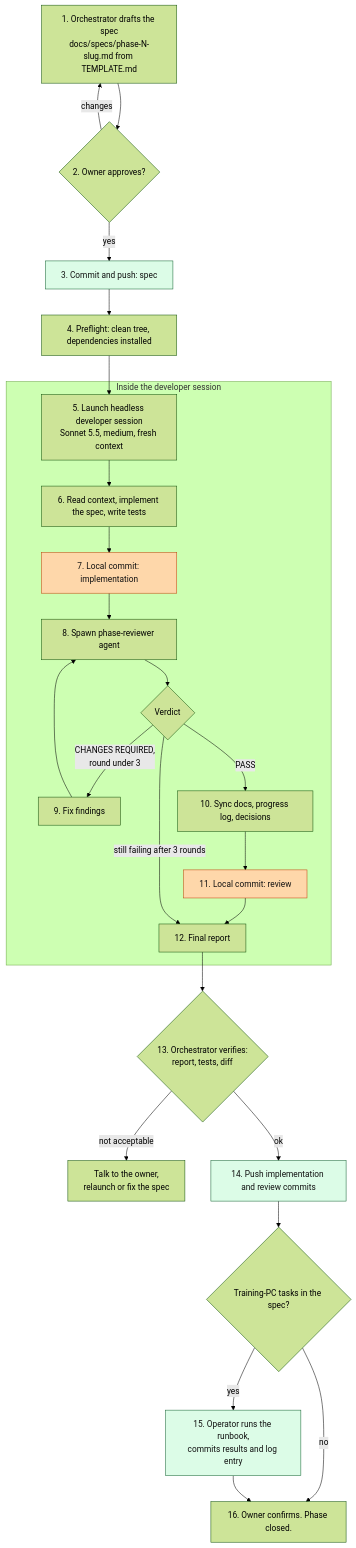
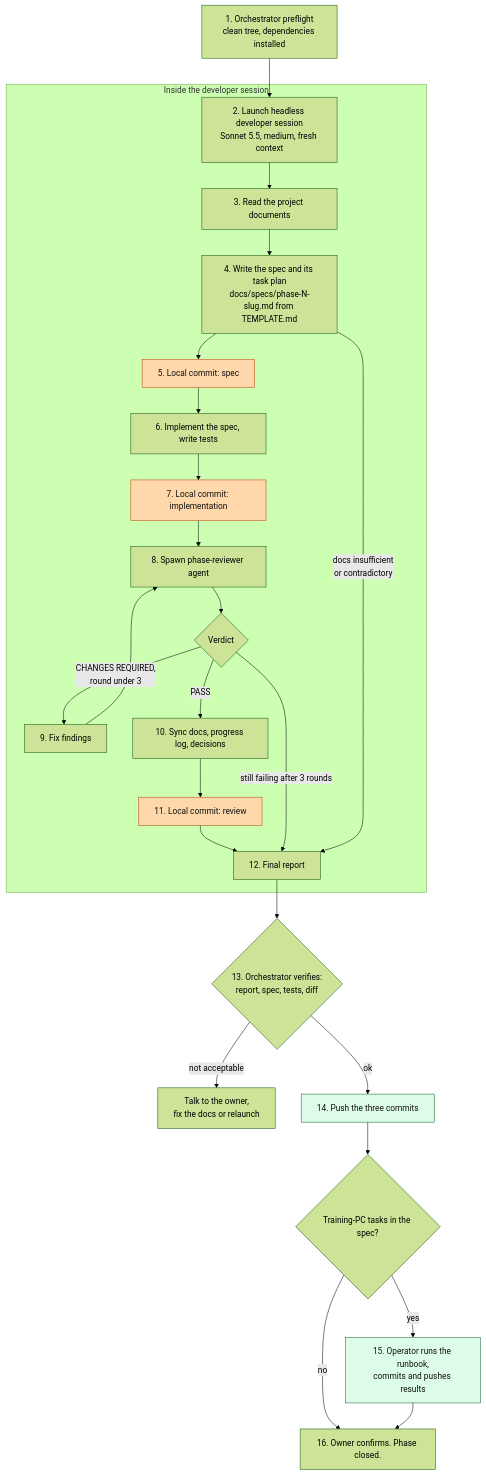
The diagram in docs/WORKFLOW.md (Zain-Shykh/LoomGuard), drawn with Mermaid (forest theme) before and after one commit. The commit also changed other lines of this file and 7 other files, not shown here.

First line of the commit message:
Workflow: the phase's developer session writes the spec itself

````diff
--- a/docs/WORKFLOW.md
+++ b/docs/WORKFLOW.md
@@ -25,29 +25,29 @@
 ```mermaid
 flowchart TD
-  A["1. Orchestrator drafts the spec<br/>docs/specs/phase-N-slug.md from TEMPLATE.md"] --> B{"2. Owner approves?"}
-  B -- "changes" --> A
-  B -- "yes" --> C["3. Commit and push: spec"]:::push
-  C --> D["4. Preflight: clean tree, dependencies installed"]
-  D --> E["5. Launch headless developer session<br/>Sonnet 5.5, medium, fresh context"]
+  A["1. Orchestrator preflight<br/>clean tree, dependencies installed"] --> B["2. Launch headless developer session<br/>Sonnet 5.5, medium, fresh context"]
   subgraph DEV["Inside the developer session"]
-    E --> F["6. Read context, implement the spec, write tests"]
+    B --> C["3. Read the project documents"]
+    C --> D["4. Write the spec and its task plan<br/>docs/specs/phase-N-slug.md from TEMPLATE.md"]
+    D --> E["5. Local commit: spec"]:::commit
+    E --> F["6. Implement the spec, write tests"]
     F --> G["7. Local commit: implementation"]:::commit
     G --> H["8. Spawn phase-reviewer agent"]
     H --> I{"Verdict"}
     I -- "CHANGES REQUIRED,<br/>round under 3" --> J["9. Fix findings"]
     J --> H
     I -- "PASS" --> K["10. Sync docs, progress log, decisions"]
     K --> L["11. Local commit: review"]:::commit
     L --> M["12. Final report"]
     I -- "still failing after 3 rounds" --> M
+    D -- "docs insufficient<br/>or contradictory" --> M
   end
-  M --> N{"13. Orchestrator verifies:<br/>report, tests, diff"}
-  N -- "not acceptable" --> O["Talk to the owner,<br/>relaunch or fix the spec"]
-  N -- "ok" --> P["14. Push implementation and review commits"]:::push
+  M --> N{"13. Orchestrator verifies:<br/>report, spec, tests, diff"}
+  N -- "not acceptable" --> O["Talk to the owner,<br/>fix the docs or relaunch"]
+  N -- "ok" --> P["14. Push the three commits"]:::push
   P --> Q{"Training-PC tasks in the spec?"}
-  Q -- "yes" --> R["15. Operator runs the runbook,<br/>commits results and log entry"]:::push
+  Q -- "yes" --> R["15. Operator runs the runbook,<br/>commits and pushes results"]:::push
   Q -- "no" --> S["16. Owner confirms. Phase closed."]
   R --> S
   classDef push fill:#dcfce7,stroke:#166534,color:#111
   classDef commit fill:#fed7aa,stroke:#c2410c,color:#111
 ```
````
